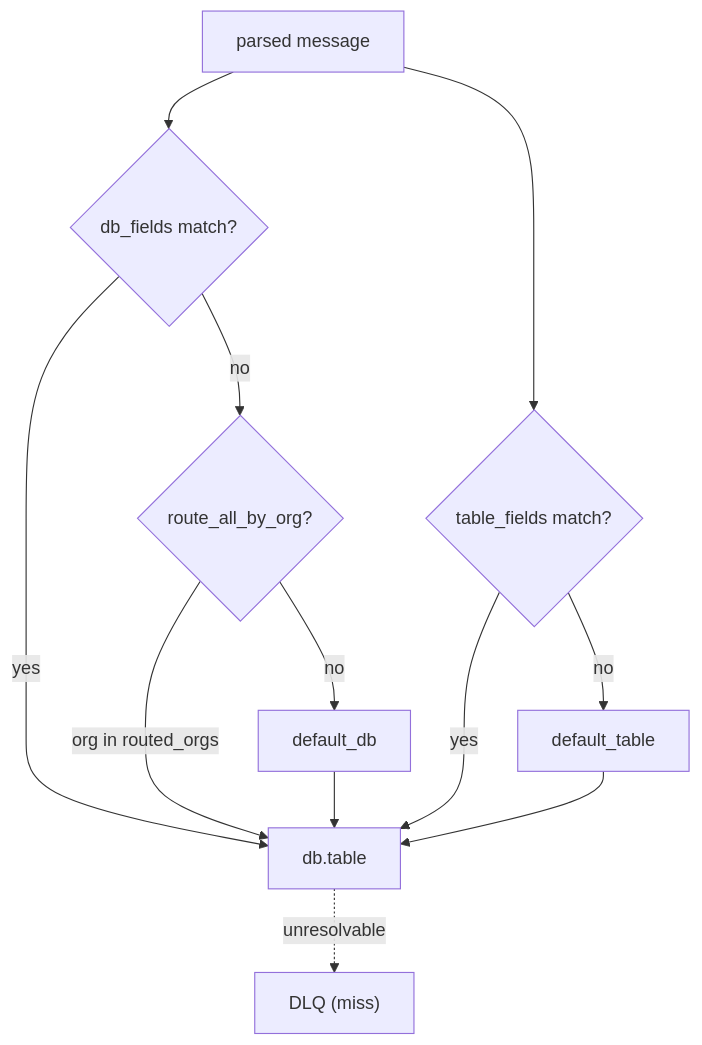
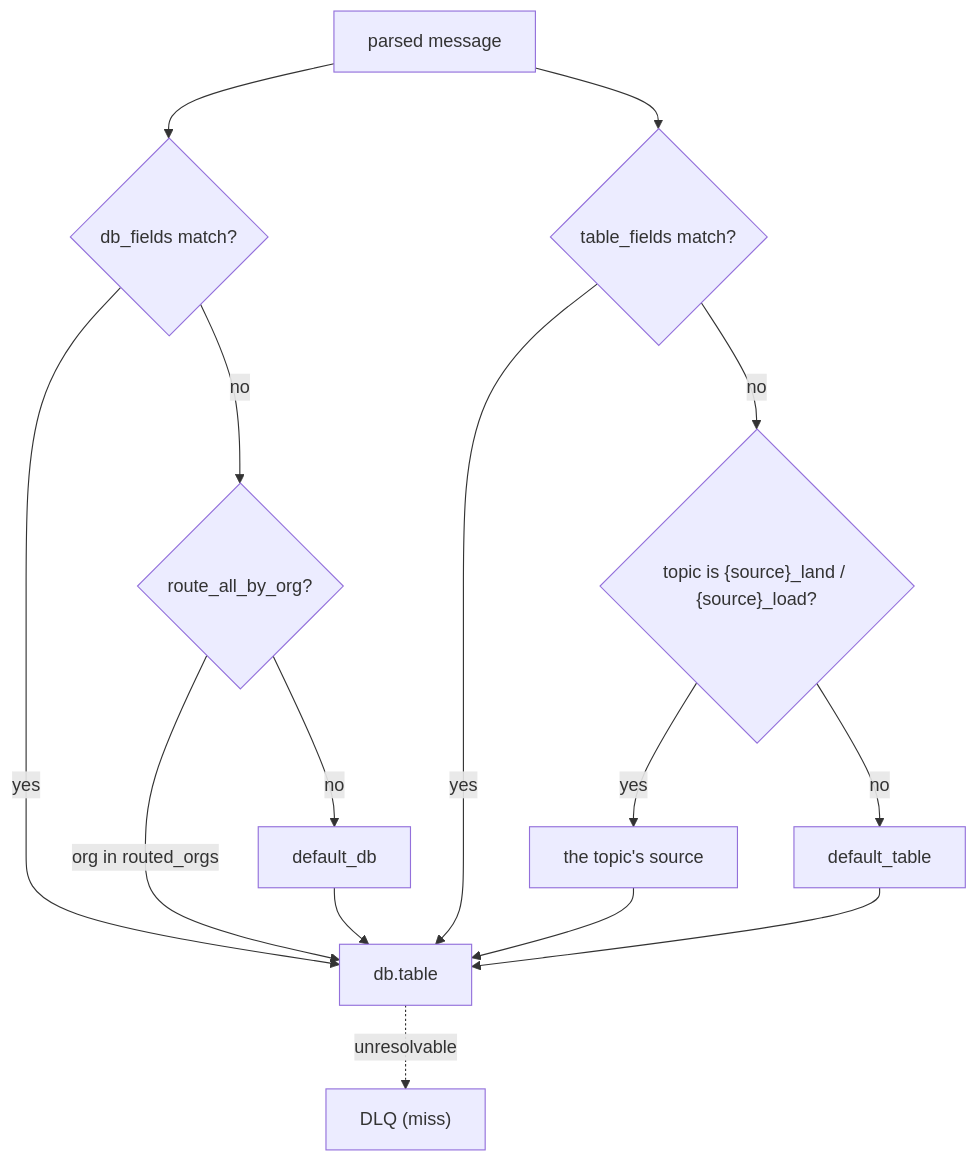
Before and after one commit to hyperi-io/dfe-loader: the diagram in docs/pipeline/ROUTING.md, drawn with Mermaid. The commit also changed other lines of this file and 8 other files, not shown here.

````diff
--- a/docs/pipeline/ROUTING.md
+++ b/docs/pipeline/ROUTING.md
@@ -17,21 +17,25 @@
 ```mermaid
 flowchart TB
     MSG["parsed message"]
     DBF{"db_fields match?"}
     TBF{"table_fields match?"}
+    TOPIC{"topic is {source}_land / {source}_load?"}
     ORG{"route_all_by_org?"}
     DEFDB["default_db"]
     DEFTBL["default_table"]
+    SRC["the topic's source"]
     OUT["db.table"]
     DLQ["DLQ (miss)"]
 
     MSG --> DBF
     DBF -->|yes| OUT
     DBF -->|no| ORG
     ORG -->|org in routed_orgs| OUT
     ORG -->|no| DEFDB --> OUT
     MSG --> TBF
     TBF -->|yes| OUT
-    TBF -->|no| DEFTBL --> OUT
+    TBF -->|no| TOPIC
+    TOPIC -->|yes| SRC --> OUT
+    TOPIC -->|no| DEFTBL --> OUT
     OUT -.unresolvable.-> DLQ
 ```
````
